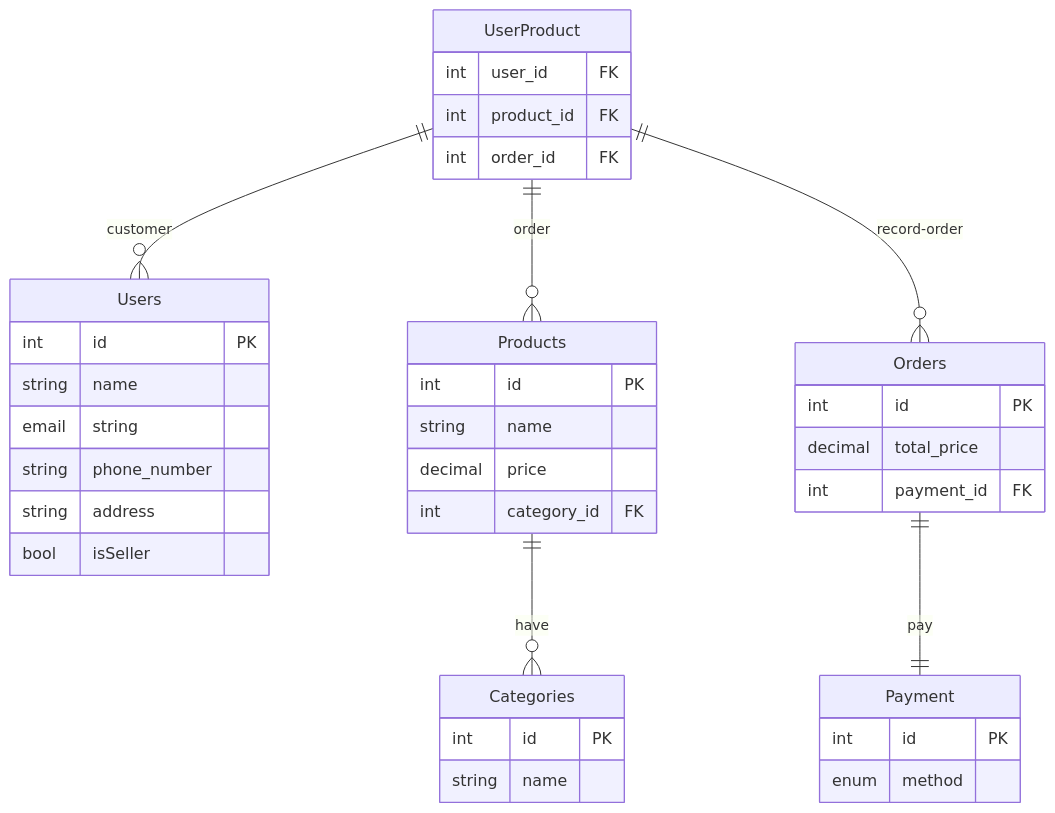
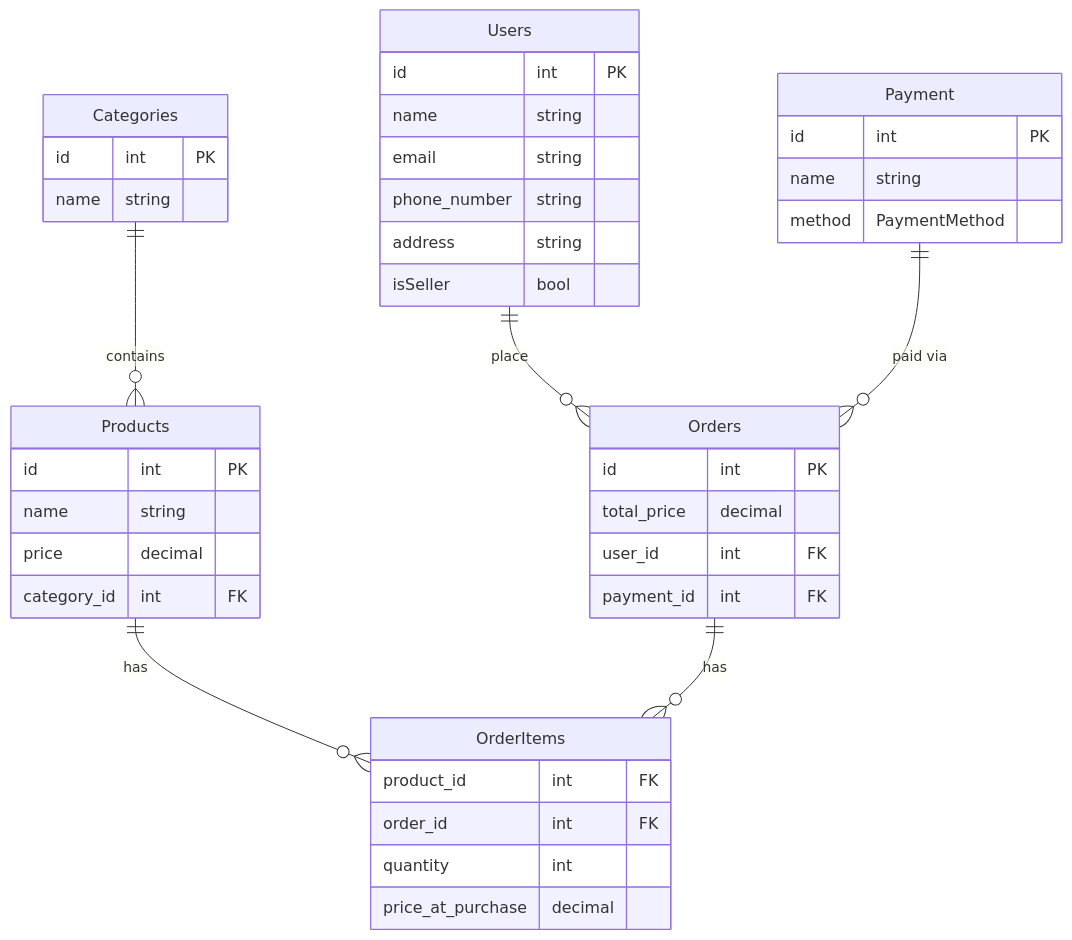
The second of 2 diagrams in README.md (anggavb/koda-b7-db1), drawn with Mermaid before and after one commit. The commit also changed other lines of this file, not shown here.

Commit message:
fix(docs): correct foreign key references and update ERD relationships in README

````diff
--- a/README.md
+++ b/README.md
@@ -115,41 +117,49 @@
 ```mermaid
 erDiagram
     Users {
-        int id PK
-        string name
+        id int PK
+        name string
         email string
-        string phone_number
-        string address
-        bool isSeller
-    }
-    Products {
-        int id PK
-        string name
-        decimal price
-        int category_id FK
-    }
-    Categories {
-        int id PK
-        string name
-    }
-    UserProduct {
-        int user_id FK
-        int product_id FK
-        int order_id FK
-    }
-    Orders {
-        int id PK
-        decimal total_price
-        int payment_id FK
-    }
-    Payment {
-        int id PK
-        enum method
+        phone_number string
+        address string
+        isSeller bool
     }
 
-    Products ||--o{ Categories : have
-    UserProduct ||--o{ Users : customer
-    UserProduct ||--o{ Products : order
-    UserProduct ||--o{ Orders : record-order
-    Orders ||--|| Payment : pay
+    Products {
+        id int PK
+        name string
+        price decimal
+        category_id int FK
+    }
+
+    Categories {
+        id int PK
+        name string
+    }
+
+    OrderItems {
+        product_id int FK
+        order_id int FK
+        quantity int
+        price_at_purchase decimal
+    }
+
+    Orders {
+        id int PK
+        total_price decimal
+        user_id int FK
+        payment_id int FK
+    }
+
+    Payment {
+        id int PK
+        name string
+        method PaymentMethod
+    }
+
+    Categories ||--o{ Products : contains
+    Products ||--o{ OrderItems : has
+    Orders ||--o{ OrderItems : has
+    Users ||--o{ Orders : place
+    Payment ||--o{ Orders : "paid via"
 ```
````
